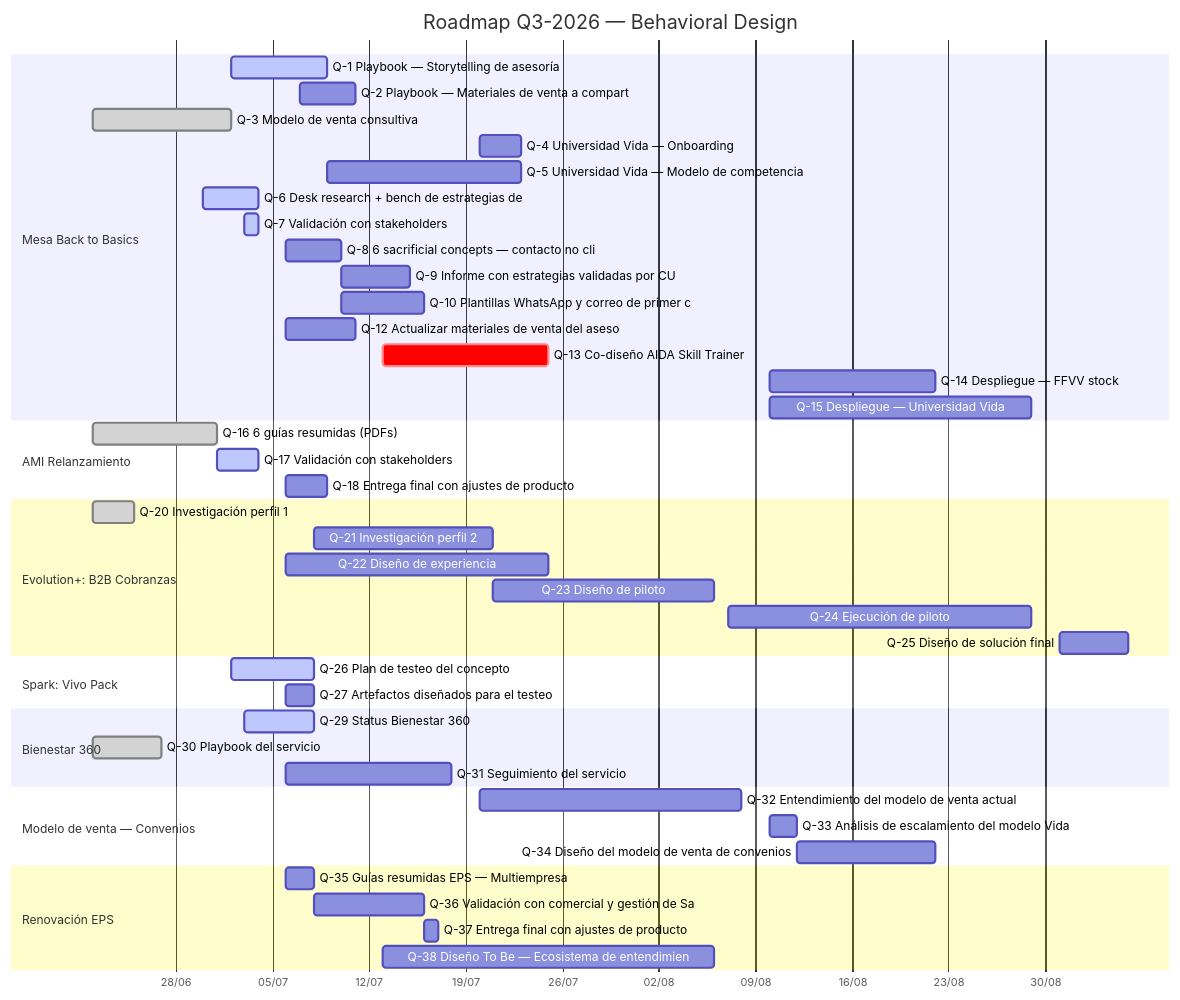
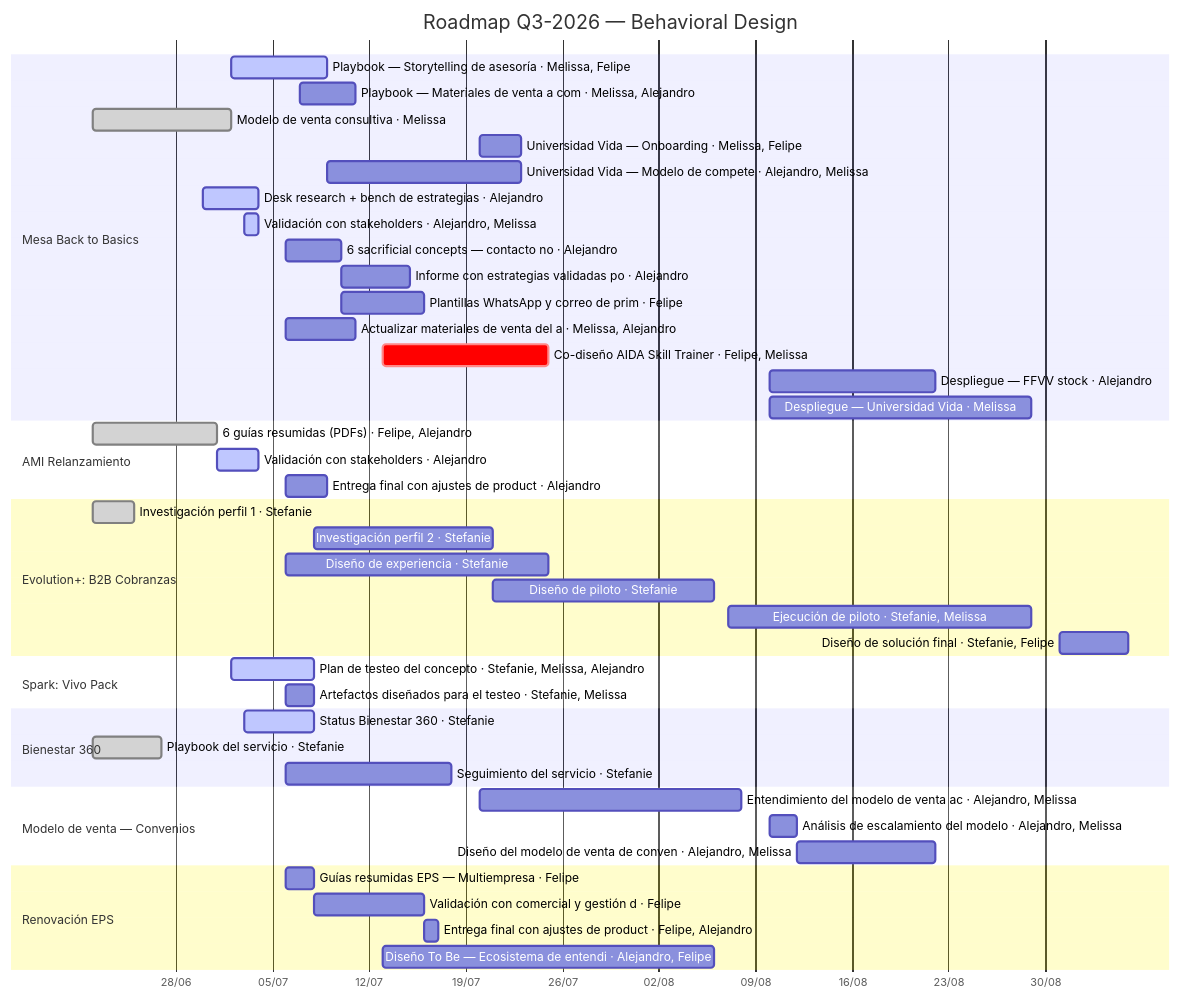
Before and after one commit to Rumipyramid/Machine_Learning: the diagram in TABLERO_BEHOLDER.md, drawn with Mermaid. The commit also changed 3 other files, not shown here.

Commit message:
Gantt: mostrar responsables en cada barra en vez de claves Q-n

````diff
--- a/TABLERO_BEHOLDER.md
+++ b/TABLERO_BEHOLDER.md
@@ -56,48 +56,48 @@
 ```mermaid
 gantt
   dateFormat YYYY-MM-DD
   axisFormat %d/%m
   title Roadmap Q3-2026 — Behavioral Design
   section Mesa Back to Basics
-  Q-1 Playbook — Storytelling de asesoría :active, 2026-07-02, 2026-07-09
-  Q-2 Playbook — Materiales de venta a compart :2026-07-07, 2026-07-11
-  Q-3 Modelo de venta consultiva :done, 2026-06-22, 2026-07-02
-  Q-4 Universidad Vida — Onboarding :2026-07-20, 2026-07-23
-  Q-5 Universidad Vida — Modelo de competencia :2026-07-09, 2026-07-23
-  Q-6 Desk research + bench de estrategias de  :active, 2026-06-30, 2026-07-04
-  Q-7 Validación con stakeholders :active, 2026-07-03, 2026-07-04
-  Q-8 6 sacrificial concepts — contacto no cli :2026-07-06, 2026-07-10
-  Q-9 Informe con estrategias validadas por CU :2026-07-10, 2026-07-15
-  Q-10 Plantillas WhatsApp y correo de primer c :2026-07-10, 2026-07-16
-  Q-12 Actualizar materiales de venta del aseso :2026-07-06, 2026-07-11
-  Q-13 Co-diseño AIDA Skill Trainer :crit, 2026-07-13, 2026-07-25
-  Q-14 Despliegue — FFVV stock :2026-08-10, 2026-08-22
-  Q-15 Despliegue — Universidad Vida :2026-08-10, 2026-08-29
+  Playbook — Storytelling de asesoría · Melissa, Felipe :active, 2026-07-02, 2026-07-09
+  Playbook — Materiales de venta a com · Melissa, Alejandro :2026-07-07, 2026-07-11
+  Modelo de venta consultiva · Melissa :done, 2026-06-22, 2026-07-02
+  Universidad Vida — Onboarding · Melissa, Felipe :2026-07-20, 2026-07-23
+  Universidad Vida — Modelo de compete · Alejandro, Melissa :2026-07-09, 2026-07-23
+  Desk research + bench de estrategias · Alejandro :active, 2026-06-30, 2026-07-04
+  Validación con stakeholders · Alejandro, Melissa :active, 2026-07-03, 2026-07-04
+  6 sacrificial concepts — contacto no · Alejandro :2026-07-06, 2026-07-10
+  Informe con estrategias validadas po · Alejandro :2026-07-10, 2026-07-15
+  Plantillas WhatsApp y correo de prim · Felipe :2026-07-10, 2026-07-16
+  Actualizar materiales de venta del a · Melissa, Alejandro :2026-07-06, 2026-07-11
+  Co-diseño AIDA Skill Trainer · Felipe, Melissa :crit, 2026-07-13, 2026-07-25
+  Despliegue — FFVV stock · Alejandro :2026-08-10, 2026-08-22
+  Despliegue — Universidad Vida · Melissa :2026-08-10, 2026-08-29
   section AMI Relanzamiento
-  Q-16 6 guías resumidas (PDFs) :done, 2026-06-22, 2026-07-01
-  Q-17 Validación con stakeholders :active, 2026-07-01, 2026-07-04
-  Q-18 Entrega final con ajustes de producto :2026-07-06, 2026-07-09
+  6 guías resumidas (PDFs) · Felipe, Alejandro :done, 2026-06-22, 2026-07-01
+  Validación con stakeholders · Alejandro :active, 2026-07-01, 2026-07-04
+  Entrega final con ajustes de product · Alejandro :2026-07-06, 2026-07-09
   section Evolution+: B2B Cobranzas
-  Q-20 Investigación perfil 1 :done, 2026-06-22, 2026-06-25
-  Q-21 Investigación perfil 2 :2026-07-08, 2026-07-21
-  Q-22 Diseño de experiencia :2026-07-06, 2026-07-25
-  Q-23 Diseño de piloto :2026-07-21, 2026-08-06
-  Q-24 Ejecución de piloto :2026-08-07, 2026-08-29
-  Q-25 Diseño de solución final :2026-08-31, 2026-09-05
+  Investigación perfil 1 · Stefanie :done, 2026-06-22, 2026-06-25
+  Investigación perfil 2 · Stefanie :2026-07-08, 2026-07-21
+  Diseño de experiencia · Stefanie :2026-07-06, 2026-07-25
+  Diseño de piloto · Stefanie :2026-07-21, 2026-08-06
+  Ejecución de piloto · Stefanie, Melissa :2026-08-07, 2026-08-29
+  Diseño de solución final · Stefanie, Felipe :2026-08-31, 2026-09-05
   section Spark: Vivo Pack
-  Q-26 Plan de testeo del concepto :active, 2026-07-02, 2026-07-08
-  Q-27 Artefactos diseñados para el testeo :2026-07-06, 2026-07-08
+  Plan de testeo del concepto · Stefanie, Melissa, Alejandro :active, 2026-07-02, 2026-07-08
+  Artefactos diseñados para el testeo · Stefanie, Melissa :2026-07-06, 2026-07-08
   section Bienestar 360
-  Q-29 Status Bienestar 360 :active, 2026-07-03, 2026-07-08
-  Q-30 Playbook del servicio :done, 2026-06-22, 2026-06-27
-  Q-31 Seguimiento del servicio :2026-07-06, 2026-07-18
+  Status Bienestar 360 · Stefanie :active, 2026-07-03, 2026-07-08
+  Playbook del servicio · Stefanie :done, 2026-06-22, 2026-06-27
+  Seguimiento del servicio · Stefanie :2026-07-06, 2026-07-18
   section Modelo de venta — Convenios
-  Q-32 Entendimiento del modelo de venta actual :2026-07-20, 2026-08-08
-  Q-33 Análisis de escalamiento del modelo Vida :2026-08-10, 2026-08-12
-  Q-34 Diseño del modelo de venta de convenios :2026-08-12, 2026-08-22
+  Entendimiento del modelo de venta ac · Alejandro, Melissa :2026-07-20, 2026-08-08
+  Análisis de escalamiento del modelo  · Alejandro, Melissa :2026-08-10, 2026-08-12
+  Diseño del modelo de venta de conven · Alejandro, Melissa :2026-08-12, 2026-08-22
   section Renovación EPS
-  Q-35 Guías resumidas EPS — Multiempresa :2026-07-06, 2026-07-08
-  Q-36 Validación con comercial y gestión de Sa :2026-07-08, 2026-07-16
-  Q-37 Entrega final con ajustes de producto :2026-07-16, 2026-07-17
-  Q-38 Diseño To Be — Ecosistema de entendimien :2026-07-13, 2026-08-06
+  Guías resumidas EPS — Multiempresa · Felipe :2026-07-06, 2026-07-08
+  Validación con comercial y gestión d · Felipe :2026-07-08, 2026-07-16
+  Entrega final con ajustes de product · Felipe, Alejandro :2026-07-16, 2026-07-17
+  Diseño To Be — Ecosistema de entendi · Alejandro, Felipe :2026-07-13, 2026-08-06
 ```
````
